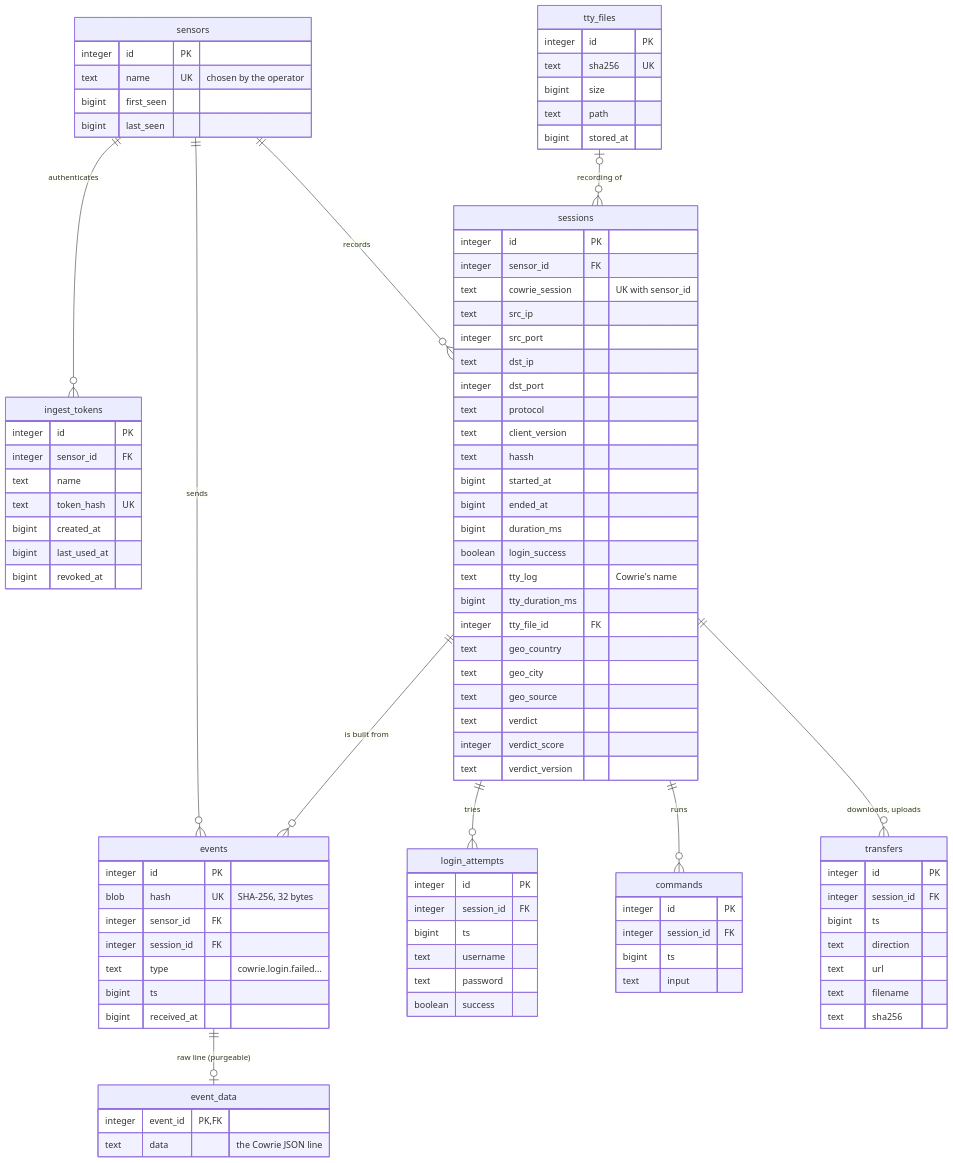
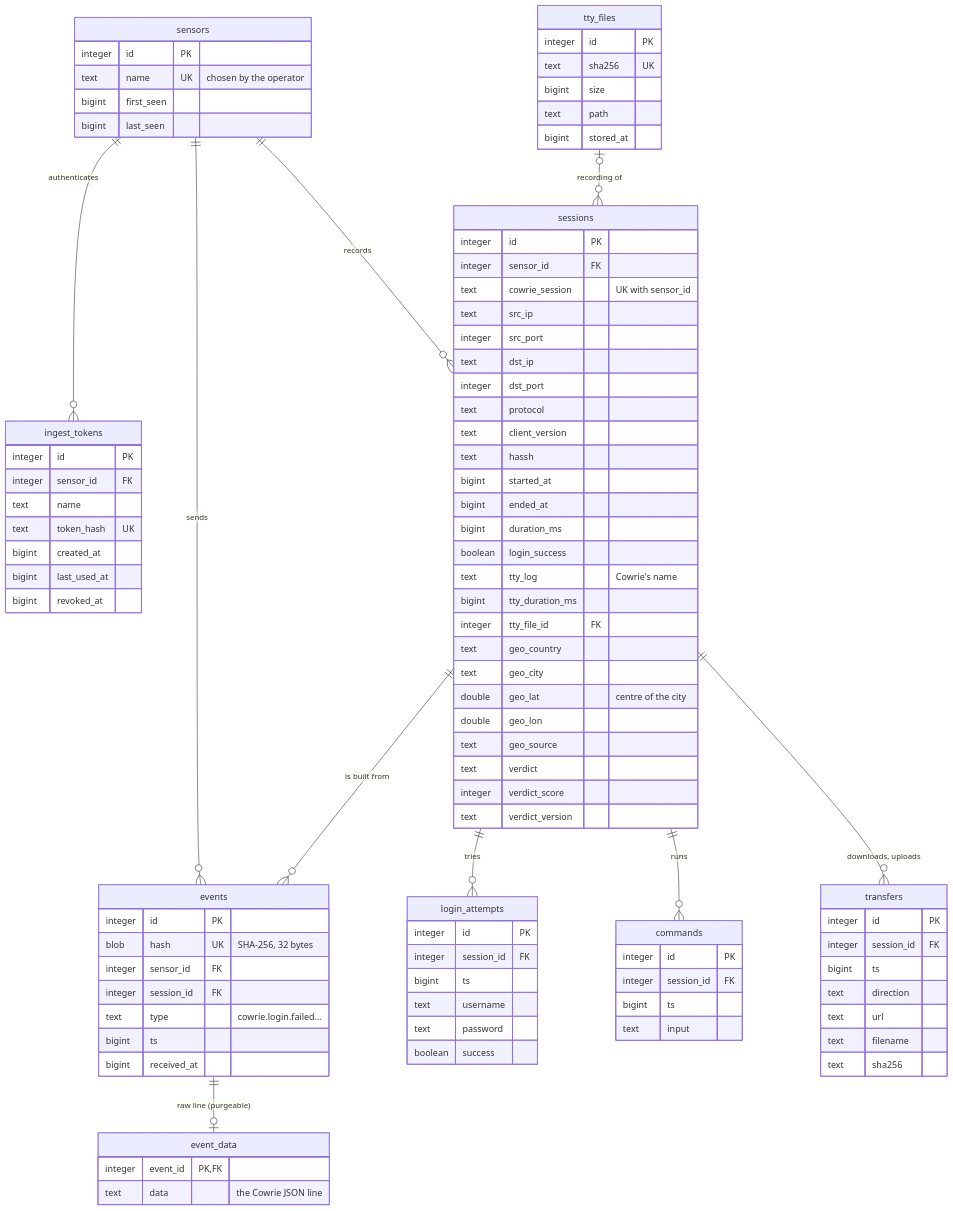
One commit to devleesch001/cauri changed the first of 2 diagrams in docs/db.md. Above: the diagram before and after it, drawn with Mermaid. The commit also changed other lines of this file and 2 other files, not shown here.

```diff
--- a/docs/db.md
+++ b/docs/db.md
@@ -100,6 +100,8 @@
         integer tty_file_id FK
         text geo_country
         text geo_city
+        double geo_lat "centre of the city"
+        double geo_lon
         text geo_source
         text verdict
         integer verdict_score
```
